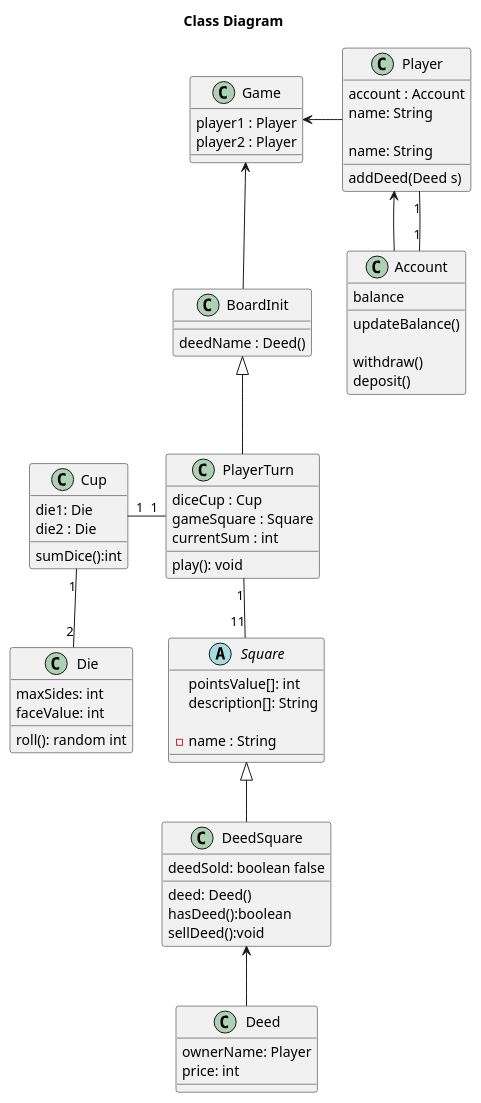
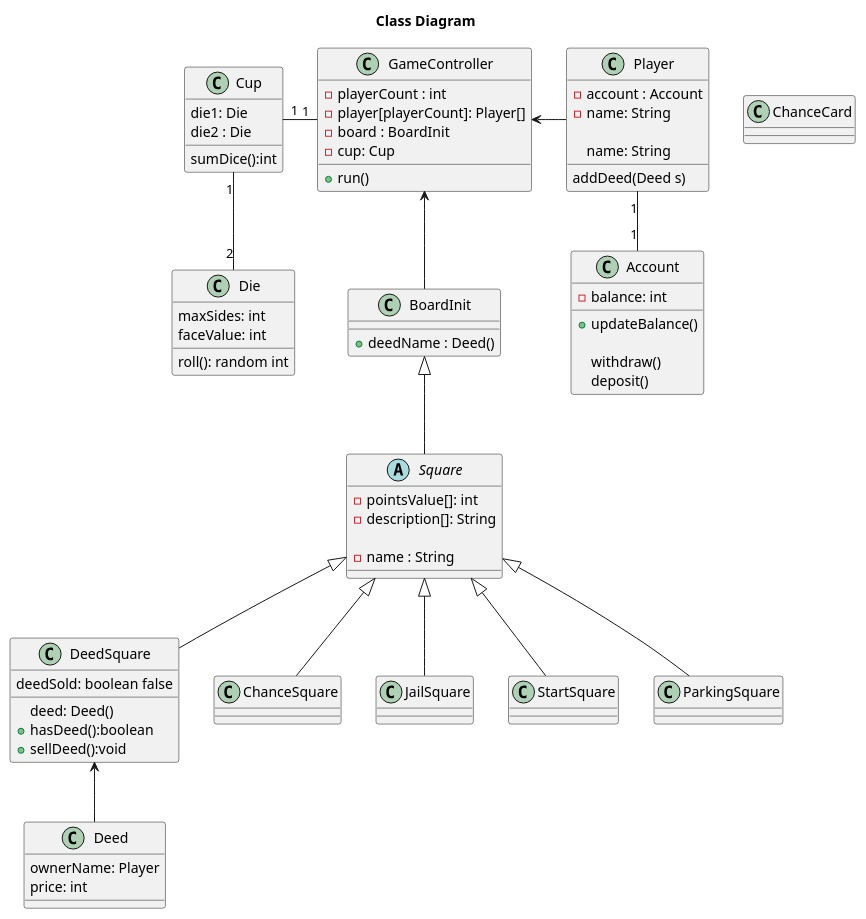
One commit to hellomelissaw/G_26_CDIO3 changed the diagram in Diagrams/KlasseDiagram.puml. Above: the diagram before and after it, drawn with PlantUML. The commit also changed 10 other files, not shown here.

Commit message:
Writing init method for GameController

```diff
--- a/Diagrams/KlasseDiagram.puml
+++ b/Diagrams/KlasseDiagram.puml
@@ -1,114 +1,122 @@
 @startuml
 
 title Class Diagram
 
-class PlayerTurn {
-diceCup : Cup
-gameSquare : Square
-currentSum : int
 
-play(): void
-}
 
 class Cup{
 die1: Die
 die2 : Die
 sumDice():int
 }
 
 class Die {
 maxSides: int
 faceValue: int
 
 roll(): random int
 
 }
 
-class Game {
-player1 : Player
-player2 : Player
-
-
+class GameController {
+-playerCount : int
+-player[playerCount]: Player[]
+-board : BoardInit
+-cup: Cup
++run()
 
 }
 
 class Player{
-account : Account
-name: String
+-account : Account
+-name: String
 
 }
 
 class Account{
-balance
-updateBalance()
+-balance: int
++updateBalance()
 
 }
 
 class Square {
-pointsValue[]: int
-description[]: String
+-pointsValue[]: int
+-description[]: String
 
 }
 
-
-
-'https://plantuml.com/class-diagram
 class BoardInit {
-deedName : Deed()
++deedName : Deed()
 
 }
 
 abstract class Square {
 - name : String
 }
 
 class DeedSquare {
 deed: Deed()
 deedSold: boolean false
-hasDeed():boolean
-sellDeed():void
++hasDeed():boolean
++sellDeed():void
 
 }
 
 class Deed {
 ownerName: Player
 price: int
 
 }
 
 class Player {
 name: String
 addDeed(Deed s)
 
 }
 
 class Account {
 withdraw()
 deposit()
 
 }
-Game <-down- BoardInit
 
-BoardInit <|-down- PlayerTurn
+class ChanceSquare {}
+
+class ChanceCard {}
+
+class JailSquare {}
+
+class StartSquare {}
+
+class ParkingSquare {}
+
+
+GameController <-down- BoardInit
+
+BoardInit <|-down- Square
 
 Square <|-down- DeedSquare
 
 DeedSquare <-down- Deed
 
-Player <-down- Account
+Square  <|-down- ChanceSquare
 
-Game <-right- Player
+Square  <|-down- JailSquare
 
-PlayerTurn "1" -left- "1" Cup
+Square  <|-down- StartSquare
+
+Square  <|-down- ParkingSquare
 
 
+GameController <-right- Player
 
-PlayerTurn "1" -down- "11" Square
+GameController "1" -left- "1" Cup
+
 
 
 
 Cup "1" -down- "2" Die
 
 Player "1" -down- "1" Account
 
 @enduml
```
